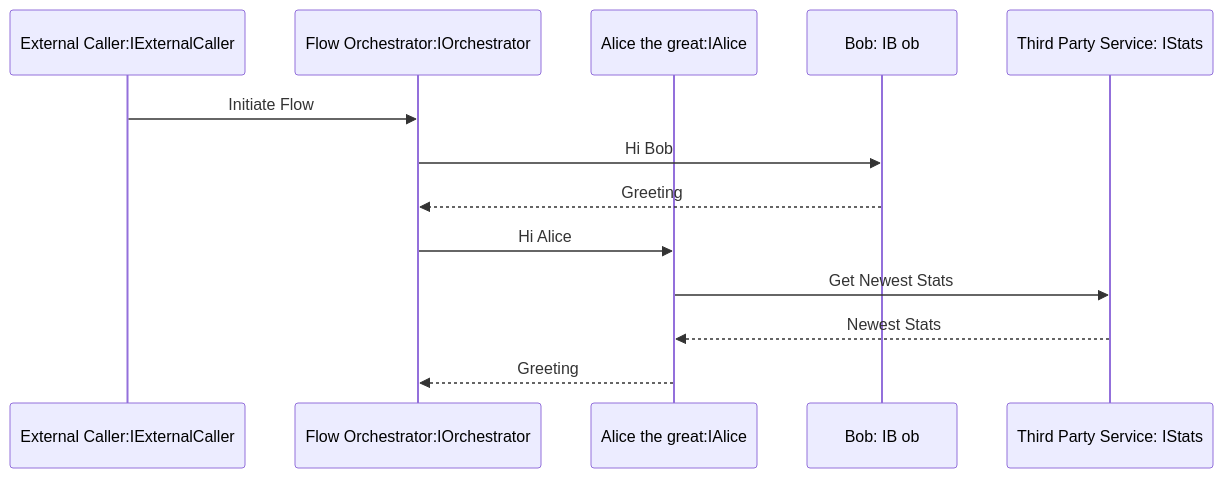
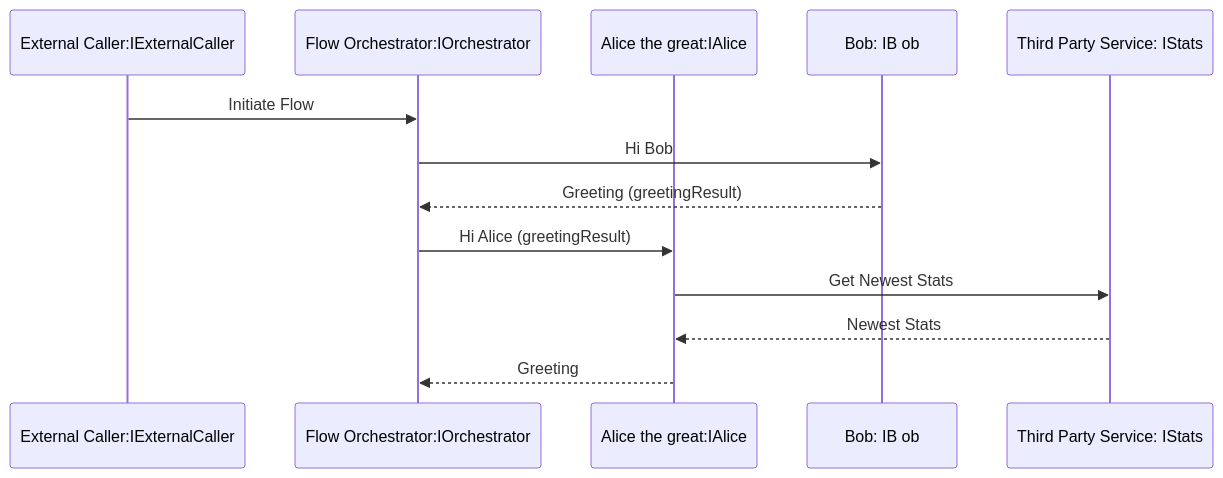
One commit to TheJuanitoLearnsShow/PuppyGeneratorFromDiagrams changed the diagram in src/SequenceSourceGenerator/Puppy.SequenceSourceGenerator/Puppy.SequenceSourceGenerator.Tests/sample-flow.md. Above: the diagram before and after it, drawn with Mermaid. The commit also changed 3 other files, not shown here.

````diff
--- a/src/SequenceSourceGenerator/Puppy.SequenceSourceGenerator/Puppy.SequenceSourceGenerator.Tests/sample-flow.md
+++ b/src/SequenceSourceGenerator/Puppy.SequenceSourceGenerator/Puppy.SequenceSourceGenerator.Tests/sample-flow.md
@@ -2,15 +2,15 @@
 ```mermaid
 sequenceDiagram
     participant api as External Caller:IExternalCaller
     participant o as Flow Orchestrator:IOrchestrator
     participant a as Alice the great:IAlice
     participant b as Bob: IB ob
     participant t as Third Party Service: IStats
     api->>o: Initiate Flow
     o->>b: Hi Bob
-    b-->>o: Greeting
-    o->>a: Hi Alice
+    b-->>o: Greeting (greetingResult)
+    o->>a: Hi Alice (greetingResult)
     a->>t: Get Newest Stats
     t-->>a: Newest Stats
     a-->>o: Greeting
 ```
````
